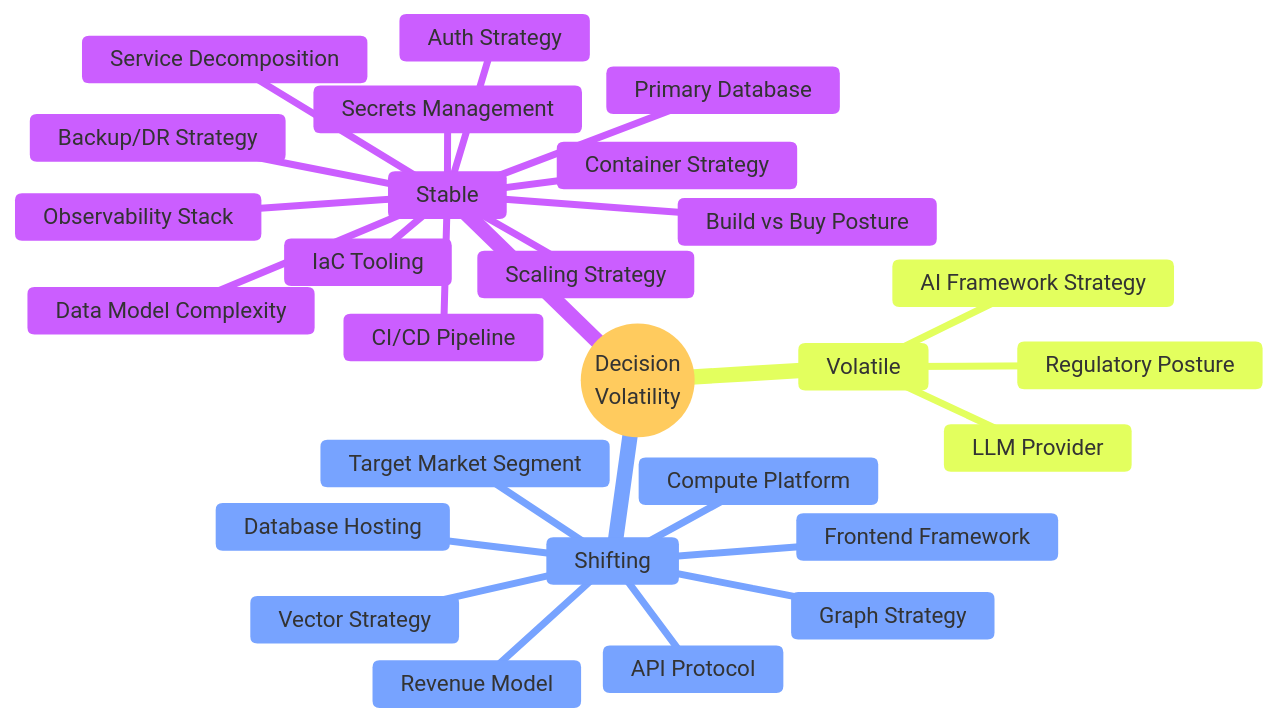
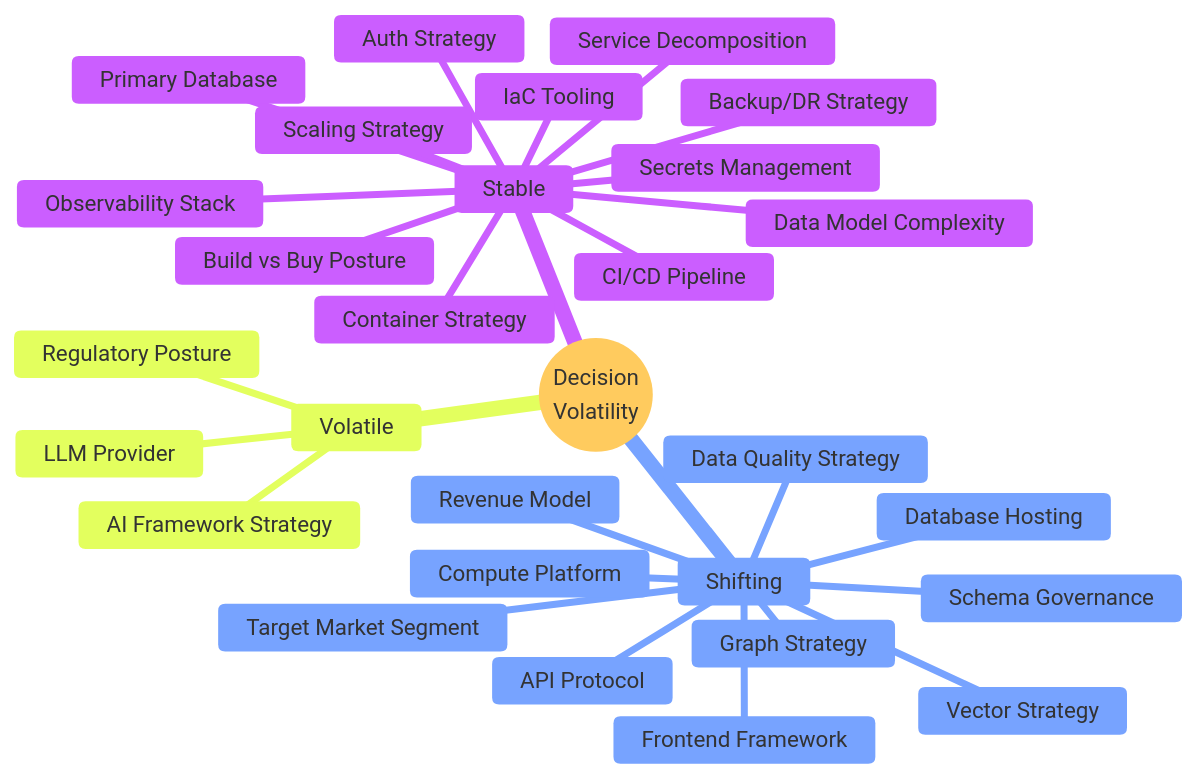
Before and after one commit to petteriTeikari/music-attribution-scaffold: the sixth of 6 diagrams in docs/prd/decisions/REPORT.md, drawn with Mermaid. The commit also changed other lines of this file and 4 other files, not shown here.

First line of the commit message:
docs(prd): add data quality strategy and schema governance decision nodes

````diff
--- a/docs/prd/decisions/REPORT.md
+++ b/docs/prd/decisions/REPORT.md
@@ -324,31 +335,33 @@
 ```mermaid
 %%{init: {'theme': 'base', 'themeVariables': {'background': '#fcfaf5'}}}%%
 mindmap
   root((Decision<br/>Volatility))
     Stable
       Build vs Buy Posture
       Data Model Complexity
       Service Decomposition
       Primary Database
       Container Strategy
       CI/CD Pipeline
       IaC Tooling
       Scaling Strategy
       Backup/DR Strategy
       Secrets Management
       Observability Stack
       Auth Strategy
     Shifting
       Target Market Segment
       Revenue Model
       API Protocol
       Graph Strategy
       Vector Strategy
       Frontend Framework
       Compute Platform
       Database Hosting
+      Data Quality Strategy
+      Schema Governance
     Volatile
       Regulatory Posture
       AI Framework Strategy
       LLM Provider
 ```
````
